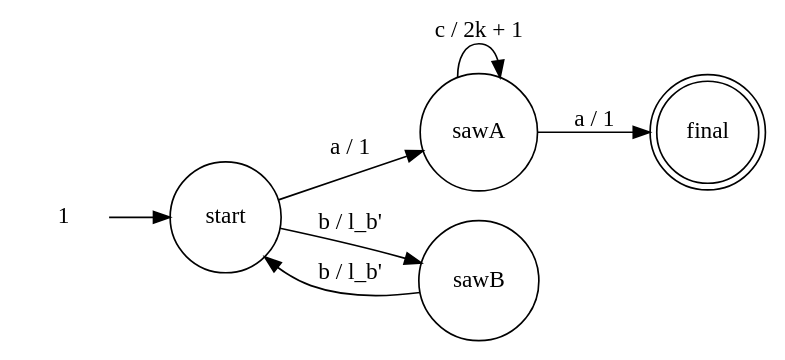
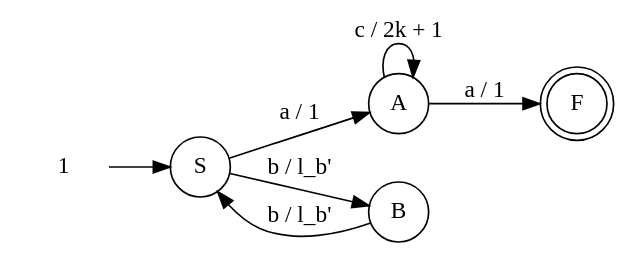
Before and after one commit to amandasystems/incremental-parikh-images: the diagram in aca_or_bc_length_split_2.dot, drawn with Graphviz. The commit also changed 14 other files, not shown here.

```diff
--- a/aca_or_bc_length_split_2.dot
+++ b/aca_or_bc_length_split_2.dot
@@ -1,13 +1,13 @@
 digraph Automaton {rankdir = LR;
 initial [shape=plaintext,label="1"];
 initial -> start;
-start [shape=circle,label="start"];
+start [shape=circle,label="S"];
 start -> sawA [label="a / 1"]
 start -> sawB [label="b / l_b'"]
-sawA [shape=circle,label="sawA"];
+sawA [shape=circle,label="A"];
 sawA -> sawA [label="c / 2k + 1"]
 sawA -> final [label="a / 1"]
-sawB [shape=circle,label="sawB"];
+sawB [shape=circle,label="B"];
 sawB -> start [label="b / l_b'"]
-final [shape=doublecircle,label="final"];
+final [shape=doublecircle,label="F"];
 }
```
